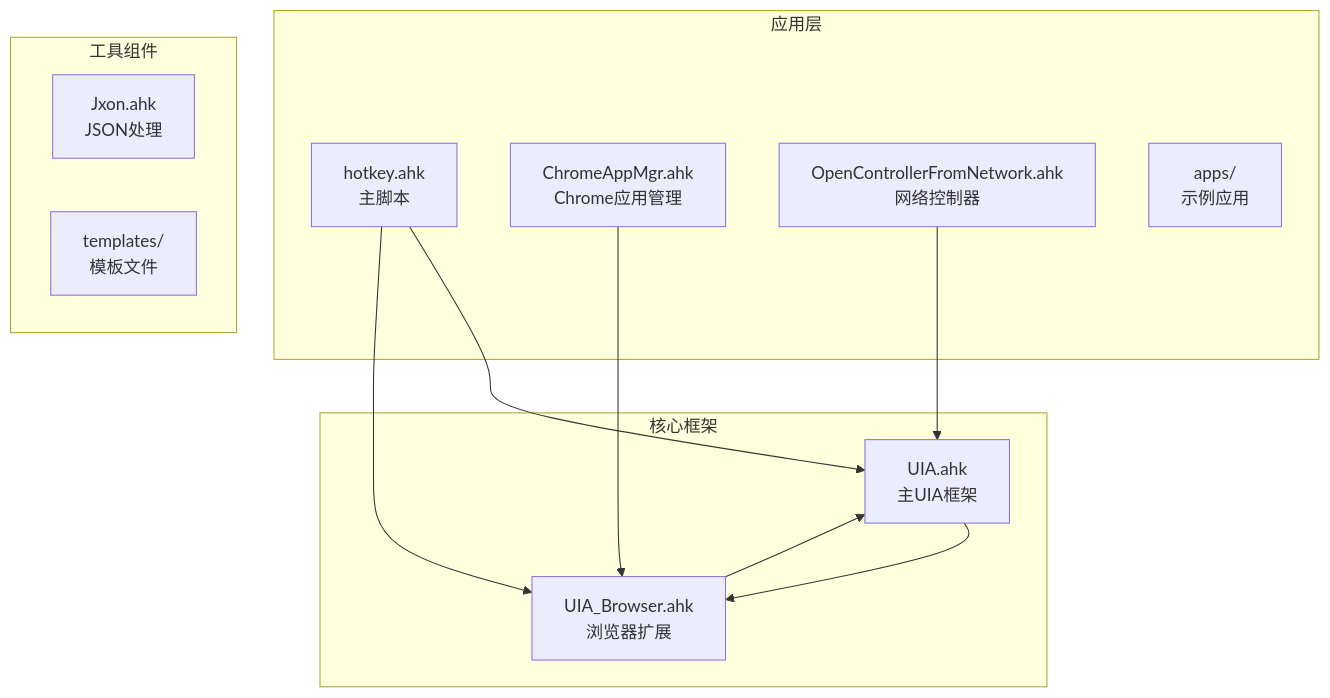
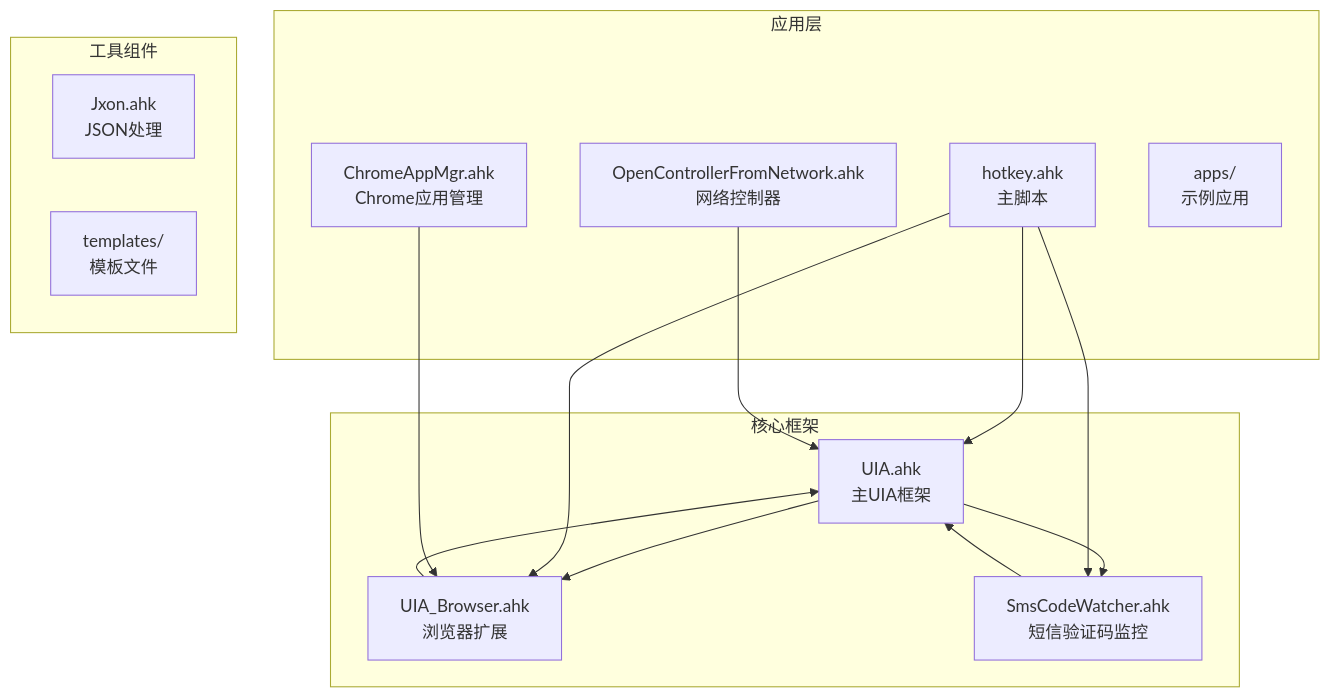
Before and after one commit to wangys-123doit/hotkey: the first of 17 diagrams in .qoder/repowiki/zh/content/核心功能/UI自动化框架.md, drawn with Mermaid. The commit also changed other lines of this file and 4 other files, not shown here.

First line of the commit message:
feat(hotkey): 新增 SMS 验证码提取功能

````diff
--- a/.qoder/repowiki/zh/content/核心功能/UI自动化框架.md
+++ b/.qoder/repowiki/zh/content/核心功能/UI自动化框架.md
@@ -49,23 +51,27 @@
 ```mermaid
 graph TB
 subgraph "核心框架"
 UIA[UIA.ahk<br/>主UIA框架]
 Browser[UIA_Browser.ahk<br/>浏览器扩展]
+SMS[SmsCodeWatcher.ahk<br/>短信验证码监控]
 end
 subgraph "应用层"
 Hotkey[hotkey.ahk<br/>主脚本]
 ChromeMgr[ChromeAppMgr.ahk<br/>Chrome应用管理]
 NetworkCtrl[OpenControllerFromNetwork.ahk<br/>网络控制器]
 Apps[apps/<br/>示例应用]
 end
 subgraph "工具组件"
 Jxon[Jxon.ahk<br/>JSON处理]
 Templates[templates/<br/>模板文件]
 end
 UIA --> Browser
+UIA --> SMS
 Hotkey --> UIA
 Hotkey --> Browser
+Hotkey --> SMS
 ChromeMgr --> Browser
 NetworkCtrl --> UIA
 Browser --> UIA
+SMS --> UIA
 ```
````
